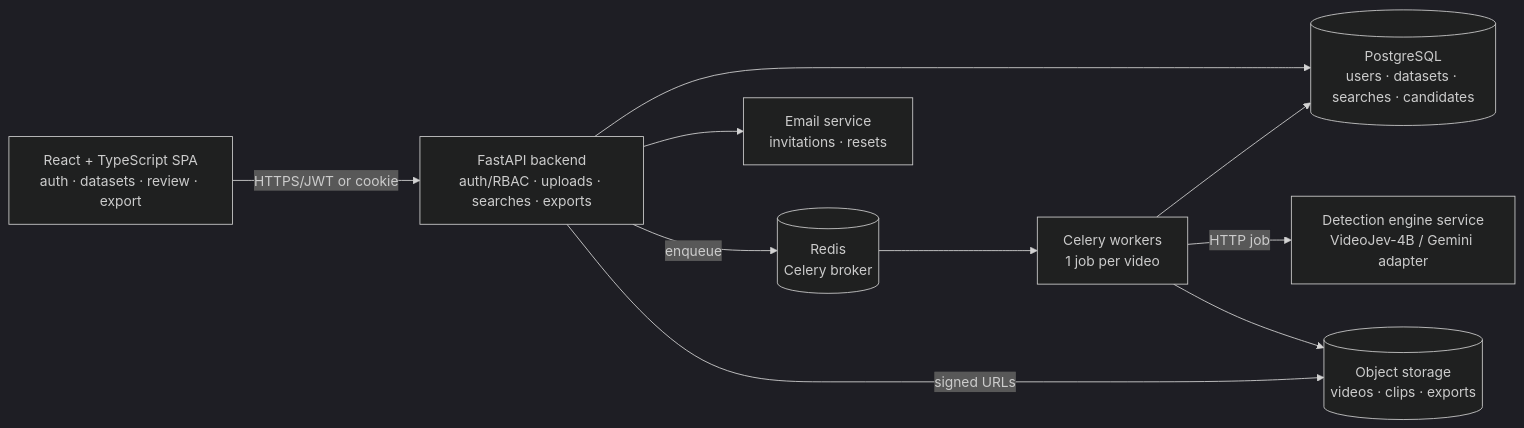
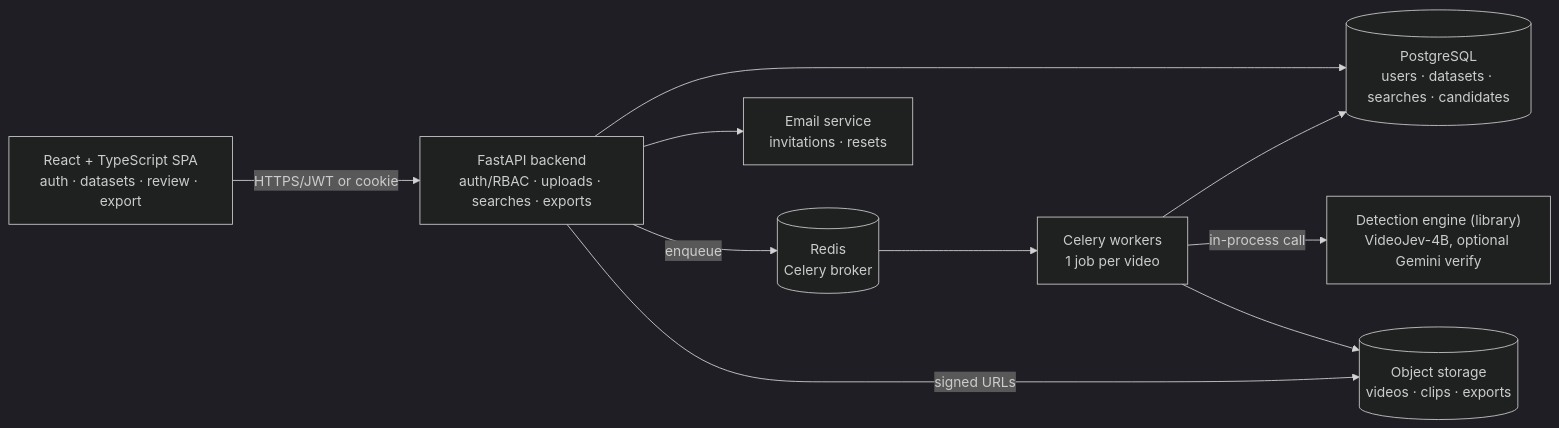
One commit to aslsumen/DSD---VLM-Annotate changed the first of 2 diagrams in docs/ARCHITECTURE.md. Above: the diagram before and after it, drawn with Mermaid (dark theme). The commit also changed other lines of this file and 19 other files, not shown here.

Commit message:
docs: bring engine, detection and status passages in line with the videojev adapter (2026-11-16)

````diff
--- a/docs/ARCHITECTURE.md
+++ b/docs/ARCHITECTURE.md
@@ -22,21 +22,21 @@
 ```mermaid
 flowchart LR
     UI["React + TypeScript SPA<br/>auth · datasets · review · export"]
     API["FastAPI backend<br/>auth/RBAC · uploads · searches · exports"]
     Q[("Redis<br/>Celery broker")]
     W["Celery workers<br/>1 job per video"]
-    E["Detection engine service<br/>VideoJev-4B / Gemini adapter"]
+    E["Detection engine (library)<br/>VideoJev-4B, optional Gemini verify"]
     DB[("PostgreSQL<br/>users · datasets · searches · candidates")]
     S[("Object storage<br/>videos · clips · exports")]
     M["Email service<br/>invitations · resets"]
 
     UI -- "HTTPS/JWT or cookie" --> API
     API --> DB
     API -- "enqueue" --> Q
     Q --> W
-    W -- "HTTP job" --> E
+    W -- "in-process call" --> E
     W --> DB
     W --> S
     API -- "signed URLs" --> S
     API --> M
 ```
````
